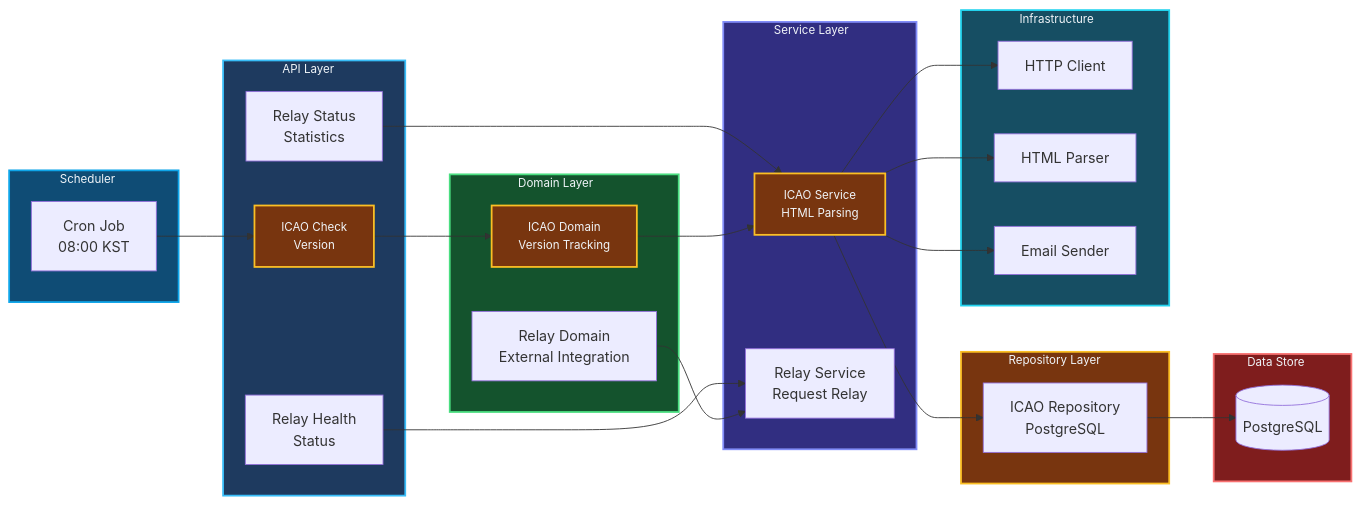
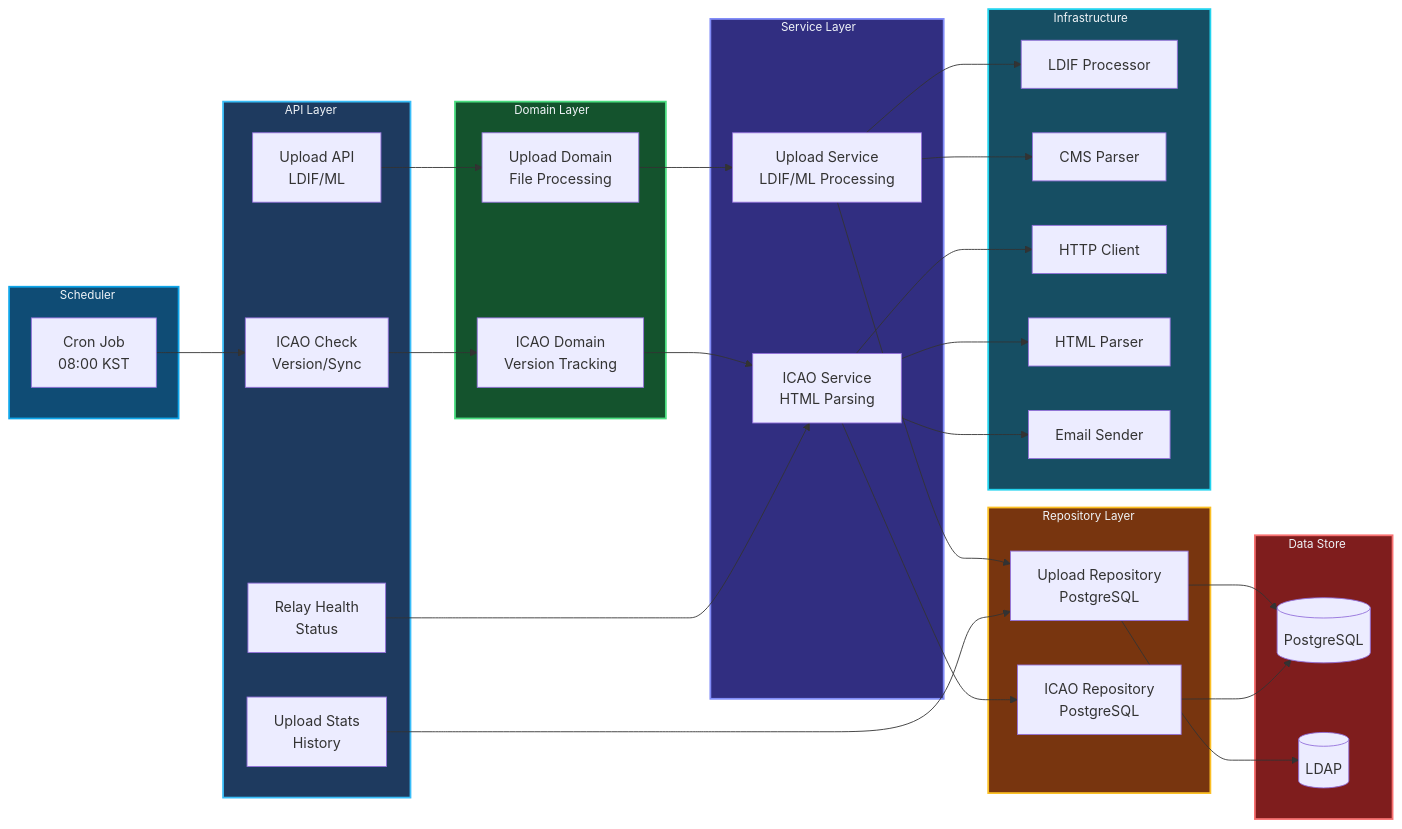
Before and after one commit to iland112/icao-local-pkd-cpp: the fourth of 17 diagrams in docs/ARCHITECTURE.md, drawn with Mermaid. The commit also changed other lines of this file and 6 other files, not shown here.

````diff
--- a/docs/ARCHITECTURE.md
+++ b/docs/ARCHITECTURE.md
@@ -475,64 +445,67 @@
 ```mermaid
 flowchart LR
     subgraph API["API Layer"]
+        Upload["Upload API<br/>LDIF/ML"]
+        IcaoCheck["ICAO Check<br/>Version/Sync"]
+        UploadStats["Upload Stats<br/>History"]
         RelayHealth["Relay Health<br/>Status"]
-        RelayStatus["Relay Status<br/>Statistics"]
-        IcaoCheck["ICAO Check<br/>Version"]
     end
 
     subgraph Domain["Domain Layer"]
+        UploadDomain["Upload Domain<br/>File Processing"]
         IcaoDomain["ICAO Domain<br/>Version Tracking"]
-        RelayDomain["Relay Domain<br/>External Integration"]
     end
 
     subgraph Service["Service Layer"]
+        UploadService["Upload Service<br/>LDIF/ML Processing"]
         IcaoService["ICAO Service<br/>HTML Parsing"]
-        RelayService["Relay Service<br/>Request Relay"]
     end
 
     subgraph Repo["Repository Layer"]
+        UploadRepo["Upload Repository<br/>PostgreSQL"]
         IcaoRepo["ICAO Repository<br/>PostgreSQL"]
     end
 
     subgraph Infra["Infrastructure"]
+        LDIF["LDIF Processor"]
+        CMS["CMS Parser"]
         HTTP["HTTP Client"]
         HTML["HTML Parser"]
         Email["Email Sender"]
     end
 
     subgraph Scheduler["Scheduler"]
         CronJob["Cron Job<br/>08:00 KST"]
     end
 
     subgraph DataStore["Data Store"]
         DB[("PostgreSQL")]
+        LDAPS[("LDAP")]
     end
 
-    RelayHealth --> RelayService
-    RelayStatus --> IcaoService
-    IcaoCheck --> IcaoDomain
+    Upload --> UploadDomain --> UploadService --> UploadRepo
+    IcaoCheck --> IcaoDomain --> IcaoService --> IcaoRepo
+    UploadStats --> UploadRepo
+    RelayHealth --> IcaoService
 
-    IcaoDomain --> IcaoService
-    RelayDomain --> RelayService
+    UploadService --> LDIF
+    UploadService --> CMS
 
     IcaoService --> HTTP
     IcaoService --> HTML
     IcaoService --> Email
-    IcaoService --> IcaoRepo
 
+    UploadRepo --> DB
+    UploadRepo --> LDAPS
     IcaoRepo --> DB
 
     CronJob --> IcaoCheck
 
     style API fill:#1e3a5f,stroke:#38bdf8,stroke-width:2px,color:#f1f5f9,font-size:13px
     style Domain fill:#14532d,stroke:#4ade80,stroke-width:2px,color:#f1f5f9,font-size:13px
     style Service fill:#312e81,stroke:#818cf8,stroke-width:2px,color:#f1f5f9,font-size:13px
     style Repo fill:#78350f,stroke:#fbbf24,stroke-width:2px,color:#f1f5f9,font-size:13px
     style Infra fill:#164e63,stroke:#22d3ee,stroke-width:2px,color:#f1f5f9,font-size:13px
     style Scheduler fill:#0f4c75,stroke:#0ea5e9,stroke-width:2px,color:#f1f5f9,font-size:13px
     style DataStore fill:#7f1d1d,stroke:#f87171,stroke-width:2px,color:#f1f5f9,font-size:13px
-
-    style IcaoCheck fill:#78350f,stroke:#fbbf24,stroke-width:2px,color:#f1f5f9,font-size:13px
-    style IcaoDomain fill:#78350f,stroke:#fbbf24,stroke-width:2px,color:#f1f5f9,font-size:13px
-    style IcaoService fill:#78350f,stroke:#fbbf24,stroke-width:2px,color:#f1f5f9,font-size:13px
 ```
````
